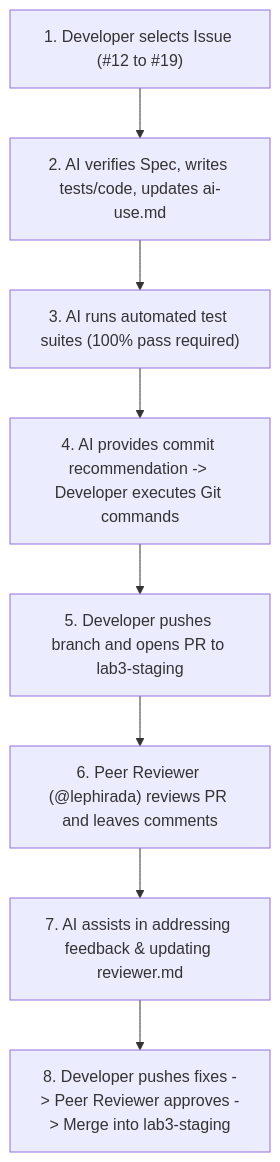
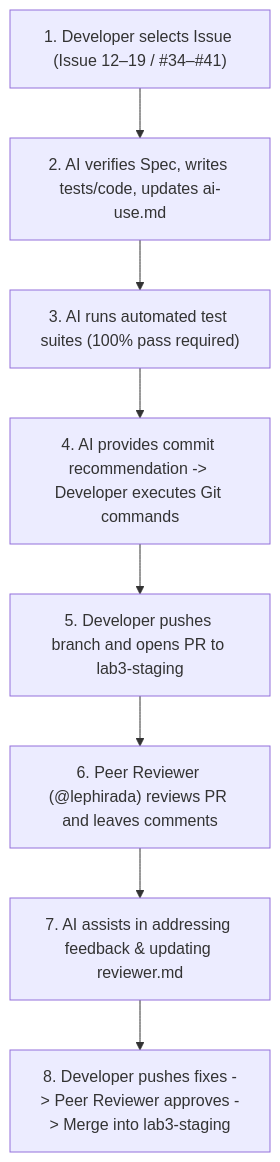
Before and after one commit to Phenwatsa/toktickit: the diagram in docs/lab-03/ai-collaboration-guide.md, drawn with Mermaid. The commit also changed other lines of this file and 6 other files, not shown here.

````diff
--- a/docs/lab-03/ai-collaboration-guide.md
+++ b/docs/lab-03/ai-collaboration-guide.md
@@ -82,10 +82,10 @@
 ```mermaid
 flowchart TD
-    A["1. Developer selects Issue (#12 to #19)"] --> B["2. AI verifies Spec, writes tests/code, updates ai-use.md"]
+    A["1. Developer selects Issue (Issue 12–19 / #34–#41)"] --> B["2. AI verifies Spec, writes tests/code, updates ai-use.md"]
     B --> C["3. AI runs automated test suites (100% pass required)"]
     C --> D["4. AI provides commit recommendation -> Developer executes Git commands"]
     D --> E["5. Developer pushes branch and opens PR to lab3-staging"]
     E --> F["6. Peer Reviewer (@lephirada) reviews PR and leaves comments"]
     F --> G["7. AI assists in addressing feedback & updating reviewer.md"]
     G --> H["8. Developer pushes fixes -> Peer Reviewer approves -> Merge into lab3-staging"]
 ```
````
